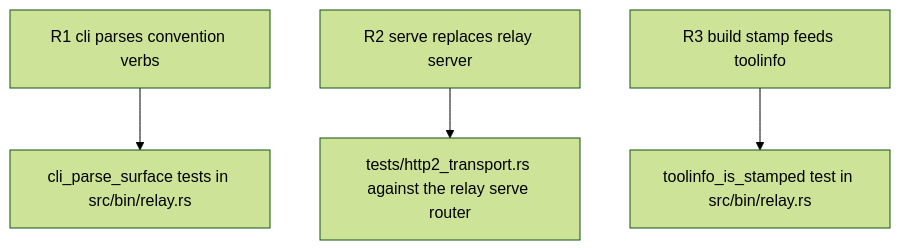
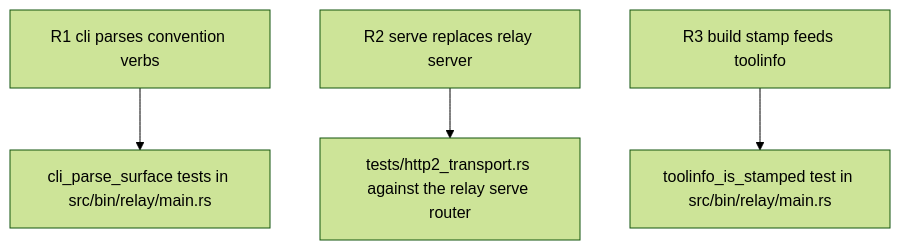
One commit to faberline/relay changed the second of 2 diagrams in tech-design/interfaces/cli/unify-relay-cli-single-relay-bin-with-cli-std-llm-upgrade-issue.md. Above: the diagram before and after it, drawn with Mermaid (forest theme). The commit also changed other lines of this file and 79 other files, not shown here.

````diff
--- a/tech-design/interfaces/cli/unify-relay-cli-single-relay-bin-with-cli-std-llm-upgrade-issue.md
+++ b/tech-design/interfaces/cli/unify-relay-cli-single-relay-bin-with-cli-std-llm-upgrade-issue.md
@@ -55,28 +55,28 @@
 ```mermaid
 ---
 id: relay-cli-std-surface-verification
 requirements:
   build_stamp_feeds_toolinfo:
     id: R3
     text: "RELAY_GIT_SHA, RELAY_BUILT_AT, and RELAY_TARGET are emitted by libs/build-stamp and populate the cli-std ToolInfo used by llm/upgrade/issue."
     kind: functional
     risk: low
-    verify: toolinfo_is_stamped test in src/bin/relay.rs
+    verify: toolinfo_is_stamped test in src/bin/relay/main.rs
   cli_parses_convention_verbs:
     id: R1
     text: "The relay CLI parses llm, upgrade, and issue search/view/create with their convention flags, and bare relay (no subcommand) parses as serve."
     kind: functional
     risk: medium
-    verify: cli_parse_surface tests in src/bin/relay.rs
+    verify: cli_parse_surface tests in src/bin/relay/main.rs
   serve_replaces_relay_server:
     id: R2
     text: "Bare relay serves exactly what relay-server served (RELAY_BIND/RELAY_DATA_DIR honored); the relay-server binary is removed from the crate."
     kind: regression
     risk: medium
     verify: tests/http2_transport.rs against the relay serve router
 ---
 flowchart TD
-    r1[R1 cli parses convention verbs] --> cli_parse_surface_tests_in_projects_relay_src_bin_relay_rs[cli_parse_surface tests in src/bin/relay.rs]
+    r1[R1 cli parses convention verbs] --> cli_parse_surface_tests_in_projects_relay_src_bin_relay_rs[cli_parse_surface tests in src/bin/relay/main.rs]
     r2[R2 serve replaces relay server] --> projects_relay_tests_http2_transport_rs_against_the_relay_serve_router[tests/http2_transport.rs against the relay serve router]
-    r3[R3 build stamp feeds toolinfo] --> toolinfo_is_stamped_test_in_projects_relay_src_bin_relay_rs[toolinfo_is_stamped test in src/bin/relay.rs]
+    r3[R3 build stamp feeds toolinfo] --> toolinfo_is_stamped_test_in_projects_relay_src_bin_relay_rs[toolinfo_is_stamped test in src/bin/relay/main.rs]
 ```
````
